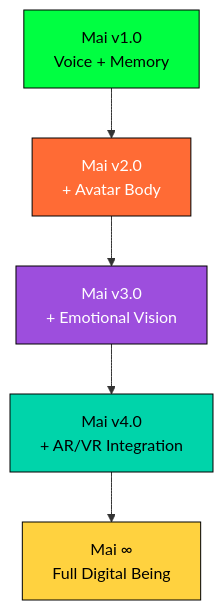
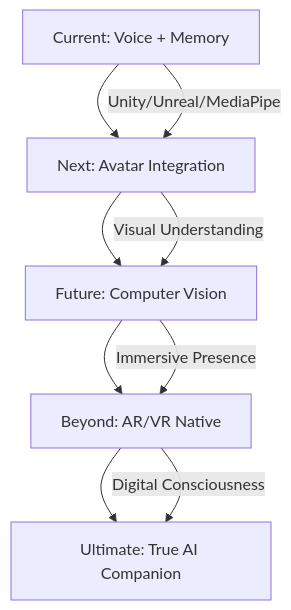
One commit to Sh1nr1/mai-ai-assistant-self-hosted changed the diagram in readme.md. Above: the diagram before and after it, drawn with Mermaid. The commit also changed other lines of this file, not shown here.

````diff
--- a/readme.md
+++ b/readme.md
@@ -217,13 +200,12 @@
 ```mermaid
 graph TD
-    A[Mai v1.0<br/>Voice + Memory] --> B[Mai v2.0<br/>+ Avatar Body]
-    B --> C[Mai v3.0<br/>+ Emotional Vision]
-    C --> D[Mai v4.0<br/>+ AR/VR Integration]
-    D --> E[Mai ∞<br/>Full Digital Being]
+    A[Current: Voice + Memory] --> B[Next: Avatar Integration]
+    B --> C[Future: Computer Vision]
+    C --> D[Beyond: AR/VR Native]
+    D --> E[Ultimate: True AI Companion]
     
-    style A fill:#00ff41,stroke:#000,color:#000
-    style B fill:#ff6b35,stroke:#000,color:#fff
-    style C fill:#9d4edd,stroke:#000,color:#fff
-    style D fill:#00d4aa,stroke:#000,color:#000
-    style E fill:#ffd23f,stroke:#000,color:#000
+    A --> |Unity/Unreal/MediaPipe| B
+    B --> |Visual Understanding| C
+    C --> |Immersive Presence| D
+    D --> |Digital Consciousness| E
 ```
````
